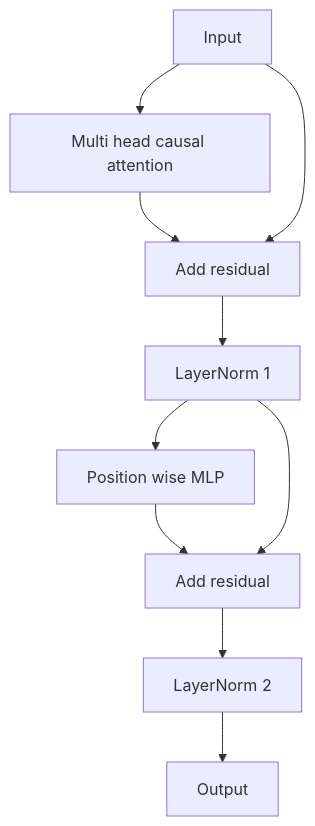
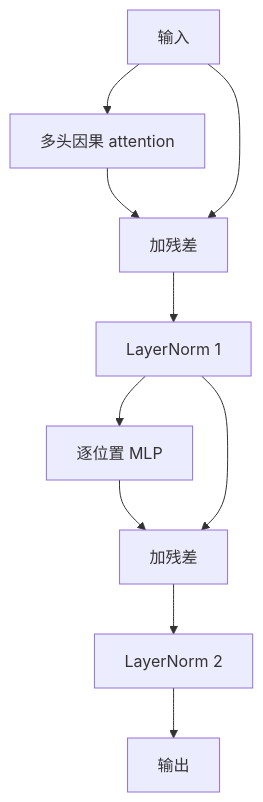
One commit to alessandrodinisio-ai/ai-engineering-learning-framework changed the second of 2 diagrams in phases/19-capstone-projects/34-transformer-block/docs/zh.md. Above: the diagram before and after it, drawn with Mermaid. The commit also changed other lines of this file and 120 other files, not shown here.

First line of the commit message:
i18n(mermaid): 337 个 mermaid 图表标签中文化

````diff
--- a/phases/19-capstone-projects/34-transformer-block/docs/zh.md
+++ b/phases/19-capstone-projects/34-transformer-block/docs/zh.md
@@ -48,12 +48,12 @@
 ```mermaid
 flowchart TB
-  X[Input] --> MHA[Multi head causal attention]
-  MHA --> R1[Add residual]
+  X[输入] --> MHA[多头因果 attention]
+  MHA --> R1[加残差]
   X --> R1
   R1 --> N1[LayerNorm 1]
-  N1 --> MLP[Position wise MLP]
-  MLP --> R2[Add residual]
+  N1 --> MLP[逐位置 MLP]
+  MLP --> R2[加残差]
   N1 --> R2
   R2 --> N2[LayerNorm 2]
-  N2 --> Y[Output]
+  N2 --> Y[输出]
 ```
````
